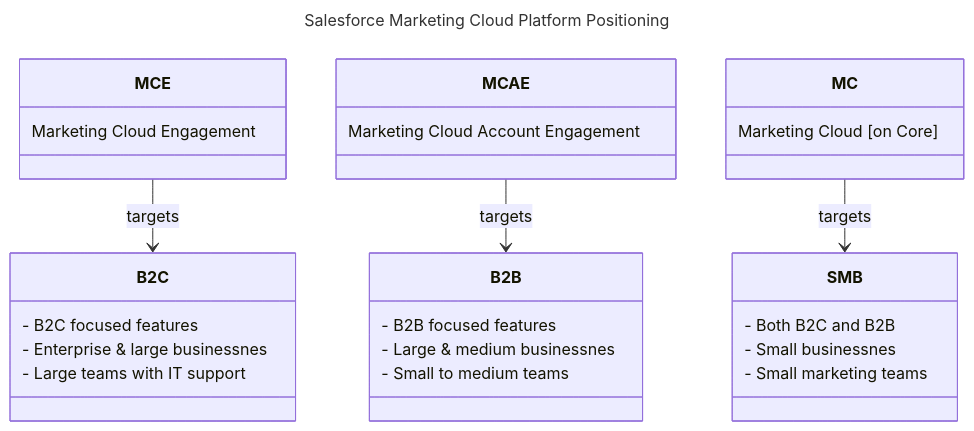
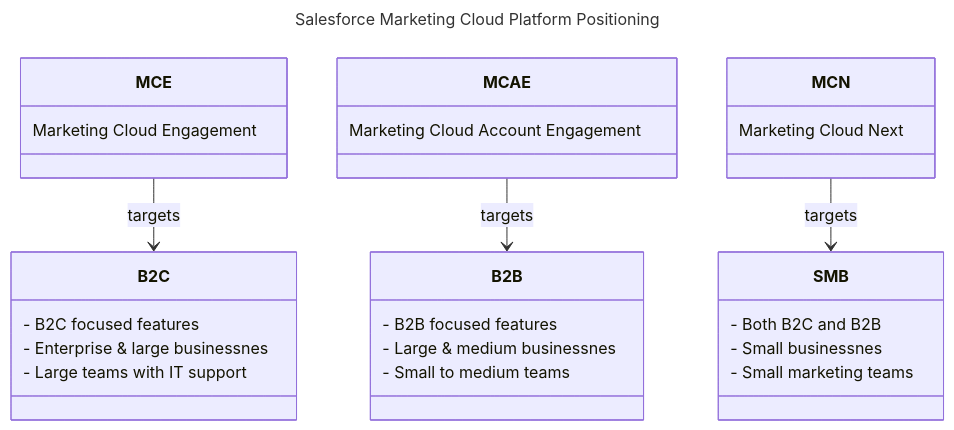
One commit to MateuszDabrowski/mateuszdabrowski.pl changed the diagram in sites/faq/salesforce/what-is-the-difference-between-sf-marketing-clouds.mdx. Above: the diagram before and after it, drawn with Mermaid. The commit also changed other lines of this file, not shown here.

Commit message:
Updated draft of SF Marketing Products FAQ

````diff
--- a/sites/faq/salesforce/what-is-the-difference-between-sf-marketing-clouds.mdx
+++ b/sites/faq/salesforce/what-is-the-difference-between-sf-marketing-clouds.mdx
@@ -24,39 +31,39 @@
 ```mermaid
 ---
 title: Salesforce Marketing Cloud Platform Positioning
 ---
 classDiagram
 
     %% Platform Classes
     class MCE {
       Marketing Cloud Engagement
     }
     class MCAE {
       Marketing Cloud Account Engagement
     }
-    class MC {
-      Marketing Cloud [on Core]
+    class MCN {
+      Marketing Cloud Next
     }
 
     %% Target Audience Classes
     class B2C {
       - B2C focused features
       - Enterprise & large businessnes
       - Large teams with IT support
     }
     class B2B {
       - B2B focused features
       - Large & medium businessnes
       - Small to medium teams
     }
     class SMB {
       - Both B2C and B2B
       - Small businessnes
       - Small marketing teams
     }
 
     %% Define Relationships between Platforms and their Audiences
     MCE --> B2C : targets
     MCAE --> B2B : targets
-    MC --> SMB : targets
+    MCN --> SMB : targets
 ```
````
